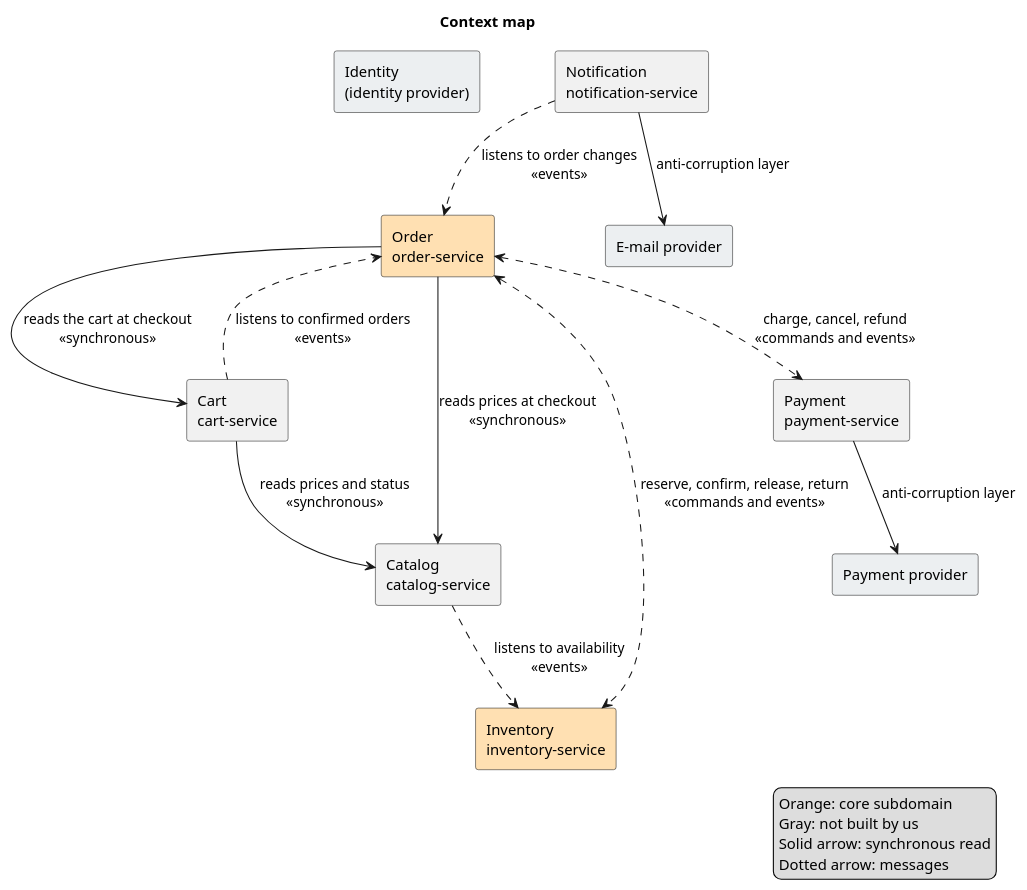
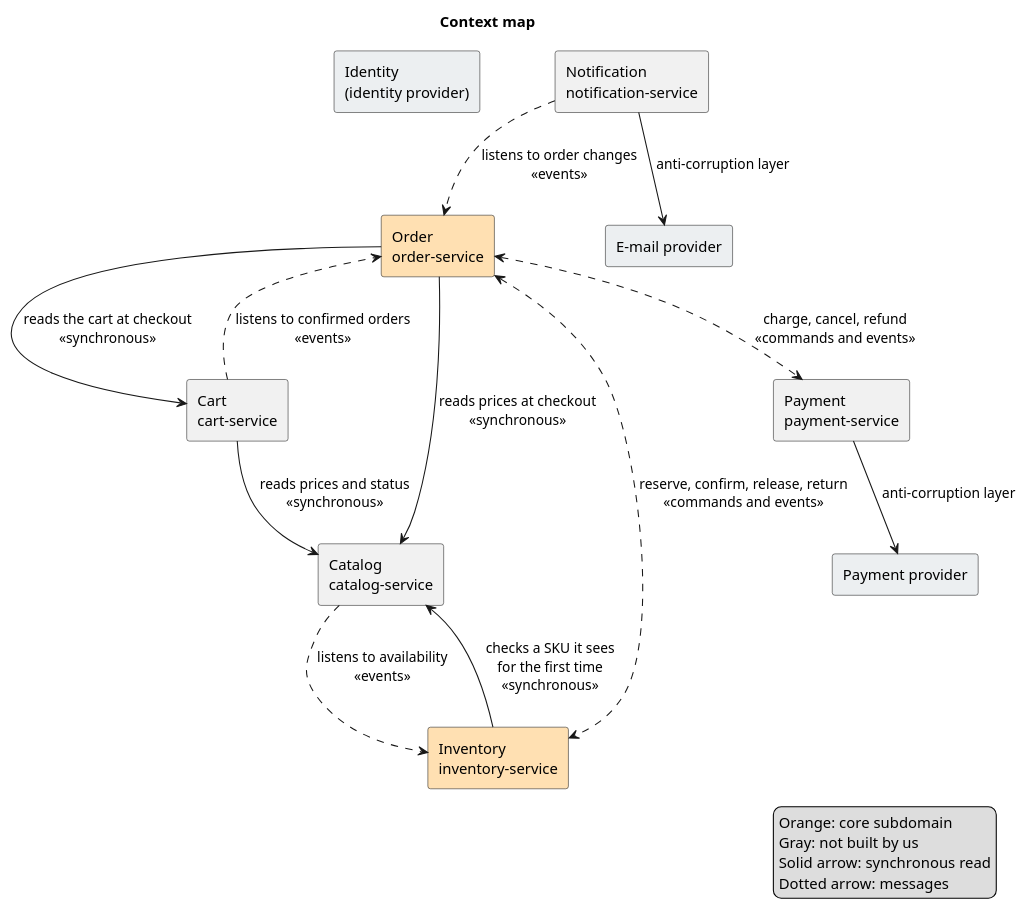
One commit to AxeloLabs/alten-commerce-platform changed the diagram in doc/2-spec/02-domain-design/diagrams/context-map.puml. Above: the diagram before and after it, drawn with PlantUML. The commit also changed 40 other files, not shown here.

```diff
--- a/doc/2-spec/02-domain-design/diagrams/context-map.puml
+++ b/doc/2-spec/02-domain-design/diagrams/context-map.puml
@@ -1,34 +1,35 @@
 @startuml
 title Context map
 
 skinparam componentStyle rectangle
 
 component "Identity\n(identity provider)" as IAM #ECEFF1
 component "Catalog\ncatalog-service" as CAT
 component "Inventory\ninventory-service" as INV #FFE0B2
 component "Cart\ncart-service" as CART
 component "Order\norder-service" as ORD #FFE0B2
 component "Payment\npayment-service" as PAY
 component "Notification\nnotification-service" as NOT
 component "Payment provider" as PSP #ECEFF1
 component "E-mail provider" as MAIL #ECEFF1
 
 CART --> CAT : reads prices and status\n<<synchronous>>
 ORD --> CAT : reads prices at checkout\n<<synchronous>>
 ORD --> CART : reads the cart at checkout\n<<synchronous>>
+INV --> CAT : checks a SKU it sees\nfor the first time\n<<synchronous>>
 CAT ..> INV : listens to availability\n<<events>>
 ORD <..> INV : reserve, confirm, release, return\n<<commands and events>>
 ORD <..> PAY : charge, cancel, refund\n<<commands and events>>
 CART ..> ORD : listens to confirmed orders\n<<events>>
 NOT ..> ORD : listens to order changes\n<<events>>
 PAY --> PSP : anti-corruption layer
 NOT --> MAIL : anti-corruption layer
 ORD -[hidden]up-> IAM
 
 legend right
   Orange: core subdomain
   Gray: not built by us
   Solid arrow: synchronous read
   Dotted arrow: messages
 endlegend
 @enduml
```
